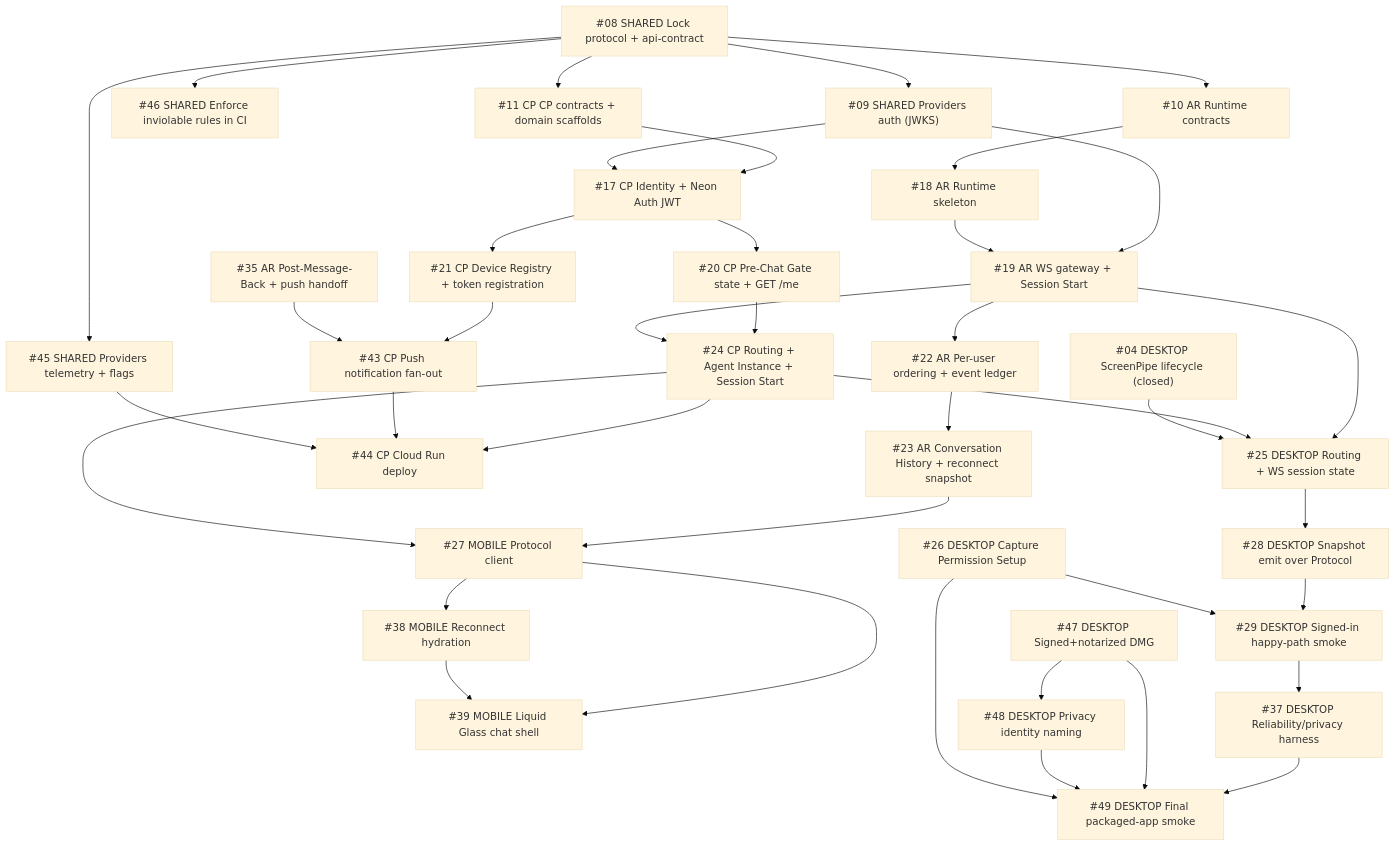
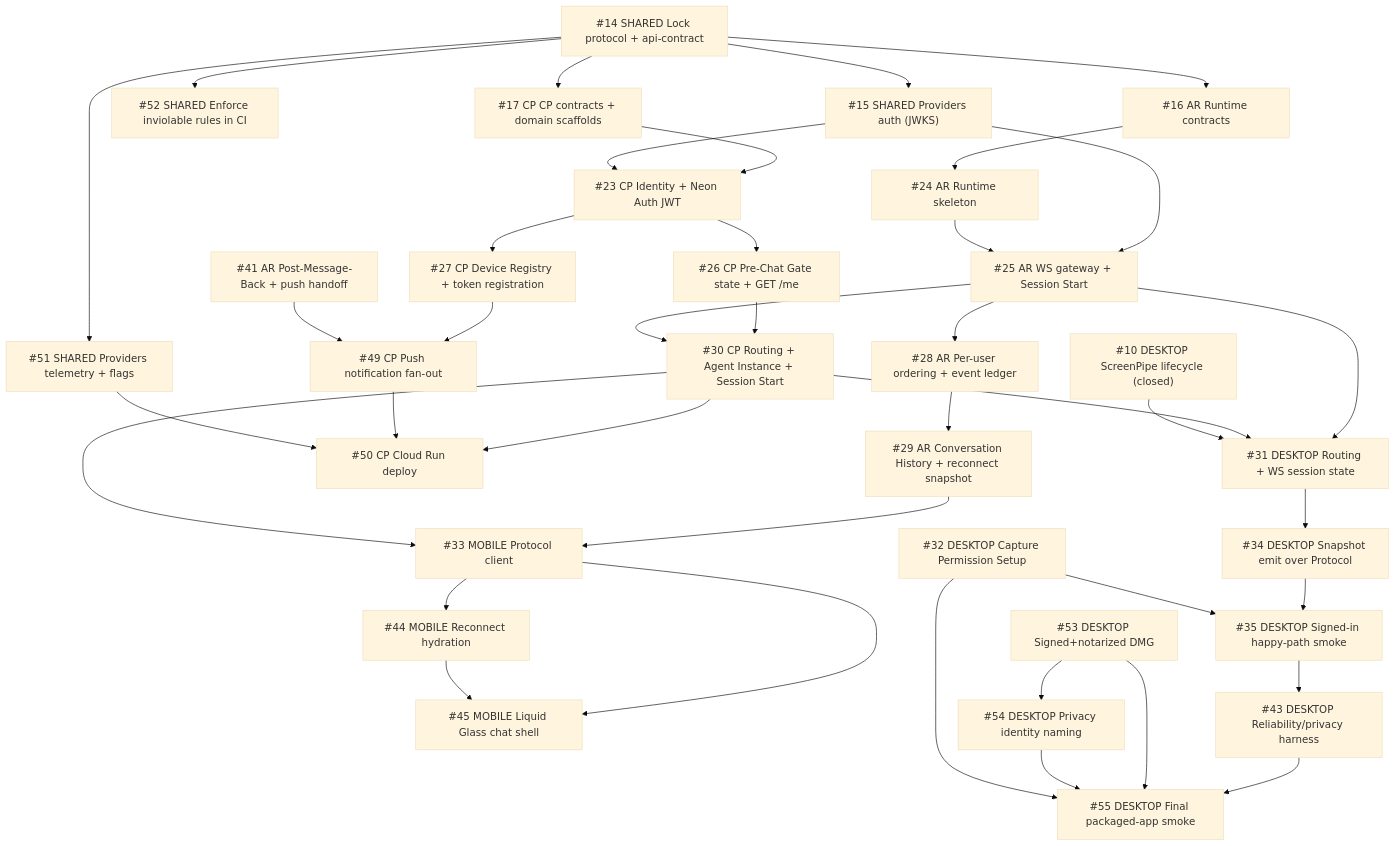
One commit to sruj75/Intentive changed the diagram in .scratch/MISSION-CONTROL.md. Above: the diagram before and after it, drawn with Mermaid (base theme). The commit also changed other lines of this file and 55 other files, not shown here.

Commit message:
Clarify protocol and auth outage contracts

````diff
--- a/.scratch/MISSION-CONTROL.md
+++ b/.scratch/MISSION-CONTROL.md
@@ -24,48 +26,48 @@
 ```mermaid
 flowchart TD
-  N08["#08 SHARED Lock protocol + api-contract"] --> N09["#09 SHARED Providers auth (JWKS)"]
-  N08 --> N45["#45 SHARED Providers telemetry + flags"]
-  N08 --> N46["#46 SHARED Enforce inviolable rules in CI"]
+  N08["#14 SHARED Lock protocol + api-contract"] --> N09["#15 SHARED Providers auth (JWKS)"]
+  N08 --> N45["#51 SHARED Providers telemetry + flags"]
+  N08 --> N46["#52 SHARED Enforce inviolable rules in CI"]
 
-  N08 --> N10["#10 AR Runtime contracts"]
-  N08 --> N11["#11 CP CP contracts + domain scaffolds"]
+  N08 --> N10["#16 AR Runtime contracts"]
+  N08 --> N11["#17 CP CP contracts + domain scaffolds"]
 
-  N10 --> N18["#18 AR Runtime skeleton"]
+  N10 --> N18["#24 AR Runtime skeleton"]
   N09 --> N19
-  N18 --> N19["#19 AR WS gateway + Session Start"]
-  N19 --> N22["#22 AR Per-user ordering + event ledger"]
-  N22 --> N23["#23 AR Conversation History + reconnect snapshot"]
+  N18 --> N19["#25 AR WS gateway + Session Start"]
+  N19 --> N22["#28 AR Per-user ordering + event ledger"]
+  N22 --> N23["#29 AR Conversation History + reconnect snapshot"]
 
-  N11 --> N17["#17 CP Identity + Neon Auth JWT"]
+  N11 --> N17["#23 CP Identity + Neon Auth JWT"]
   N09 --> N17
-  N17 --> N20["#20 CP Pre-Chat Gate state + GET /me"]
-  N17 --> N21["#21 CP Device Registry + token registration"]
-  N20 --> N24["#24 CP Routing + Agent Instance + Session Start"]
+  N17 --> N20["#26 CP Pre-Chat Gate state + GET /me"]
+  N17 --> N21["#27 CP Device Registry + token registration"]
+  N20 --> N24["#30 CP Routing + Agent Instance + Session Start"]
   N19 --> N24
-  N21 --> N43["#43 CP Push notification fan-out"]
-  N35["#35 AR Post-Message-Back + push handoff"] --> N43
-  N24 --> N44["#44 CP Cloud Run deploy"]
+  N21 --> N43["#49 CP Push notification fan-out"]
+  N35["#41 AR Post-Message-Back + push handoff"] --> N43
+  N24 --> N44["#50 CP Cloud Run deploy"]
   N43 --> N44
   N45 --> N44
 
-  N23 --> N27["#27 MOBILE Protocol client"]
+  N23 --> N27["#33 MOBILE Protocol client"]
   N24 --> N27
-  N27 --> N38["#38 MOBILE Reconnect hydration"]
-  N27 --> N39["#39 MOBILE Liquid Glass chat shell"]
+  N27 --> N38["#44 MOBILE Reconnect hydration"]
+  N27 --> N39["#45 MOBILE Liquid Glass chat shell"]
   N38 --> N39
 
-  N19 --> N25["#25 DESKTOP Routing + WS session state"]
+  N19 --> N25["#31 DESKTOP Routing + WS session state"]
   N24 --> N25
-  N04["#04 DESKTOP ScreenPipe lifecycle (closed)"] --> N25
-  N25 --> N28["#28 DESKTOP Snapshot emit over Protocol"]
-  N28 --> N29["#29 DESKTOP Signed-in happy-path smoke"]
+  N04["#10 DESKTOP ScreenPipe lifecycle (closed)"] --> N25
+  N25 --> N28["#34 DESKTOP Snapshot emit over Protocol"]
+  N28 --> N29["#35 DESKTOP Signed-in happy-path smoke"]
 
-  N47["#47 DESKTOP Signed+notarized DMG"] --> N48["#48 DESKTOP Privacy identity naming"]
-  N26["#26 DESKTOP Capture Permission Setup"] --> N29
-  N49["#49 DESKTOP Final packaged-app smoke"]
-  N29 --> N37["#37 DESKTOP Reliability/privacy harness"]
+  N47["#53 DESKTOP Signed+notarized DMG"] --> N48["#54 DESKTOP Privacy identity naming"]
+  N26["#32 DESKTOP Capture Permission Setup"] --> N29
+  N49["#55 DESKTOP Final packaged-app smoke"]
+  N29 --> N37["#43 DESKTOP Reliability/privacy harness"]
   N37 --> N49
   N47 --> N49
   N48 --> N49
   N26 --> N49
 ```
````
